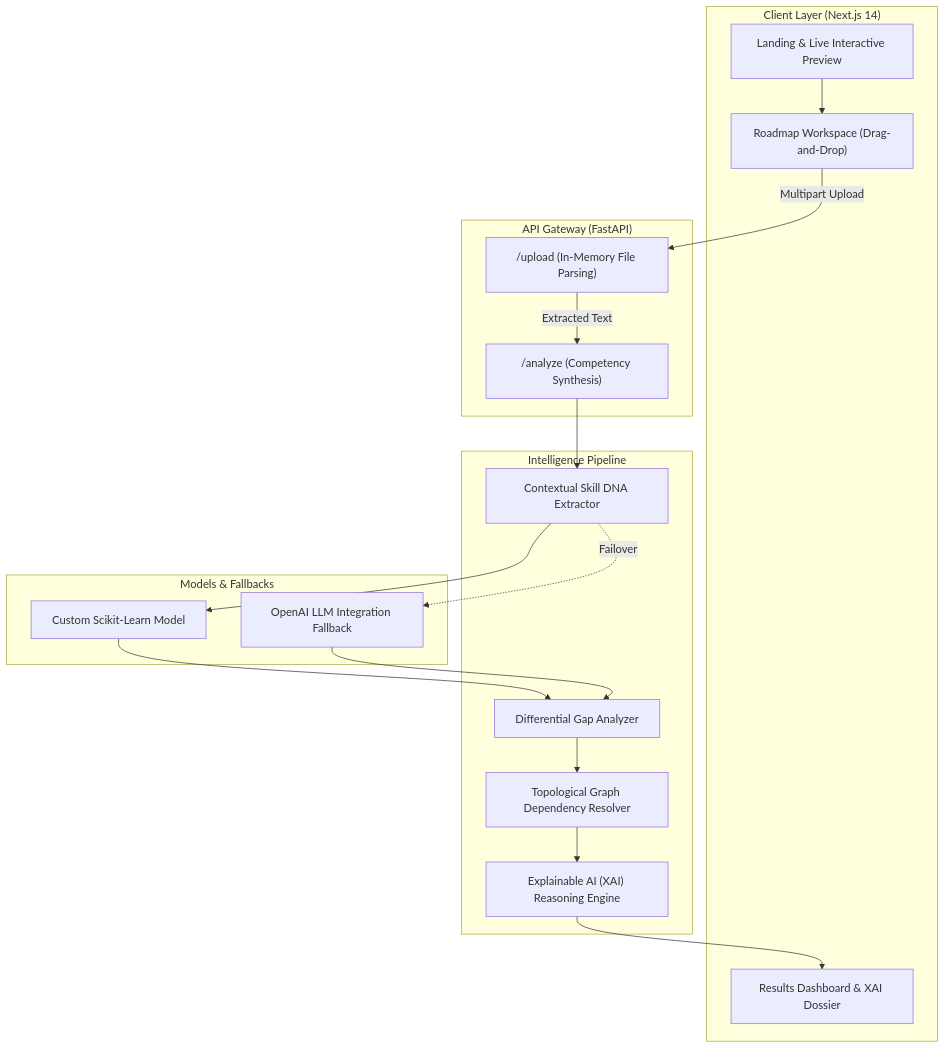
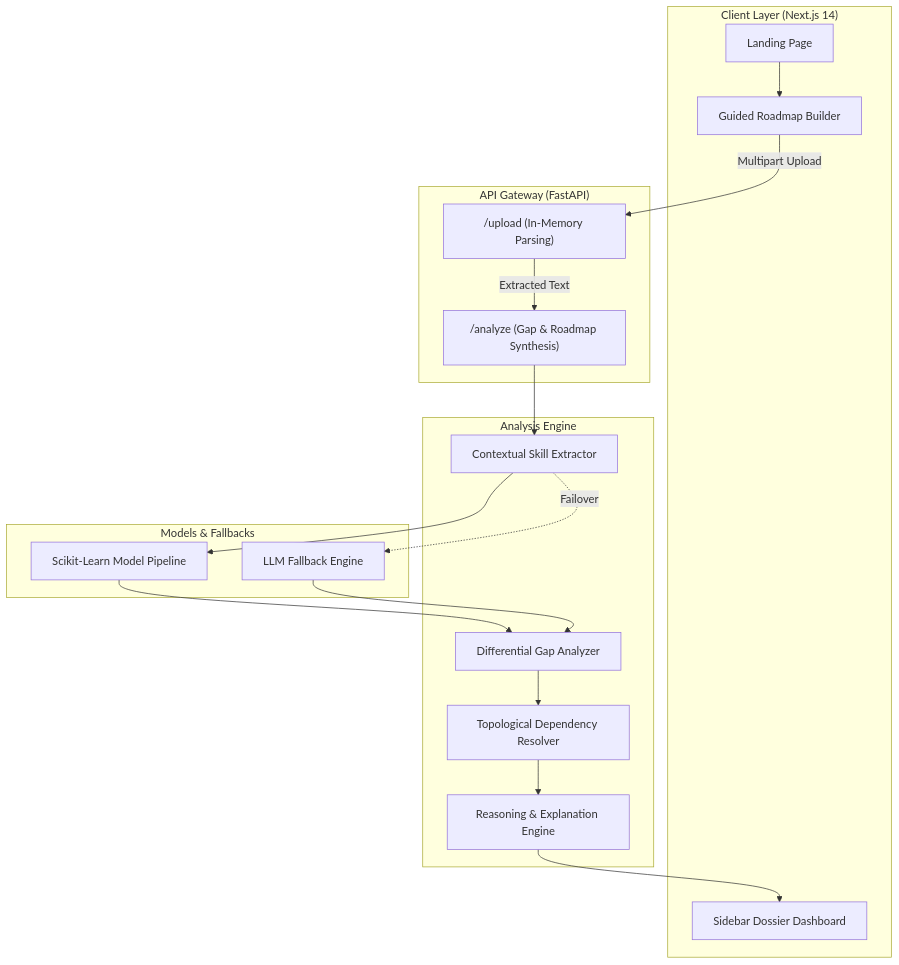
Before and after one commit to Chetan0e/Intra-AI: the diagram in README.md, drawn with Mermaid. The commit also changed other lines of this file, not shown here.

````diff
--- a/README.md
+++ b/README.md
@@ -43,37 +36,37 @@
 ```mermaid
 flowchart TD
     subgraph Client ["Client Layer (Next.js 14)"]
-        UI["Landing & Live Interactive Preview"]
-        WS["Roadmap Workspace (Drag-and-Drop)"]
-        RD["Results Dashboard & XAI Dossier"]
+        UI["Landing Page"]
+        WS["Guided Roadmap Builder"]
+        RD["Sidebar Dossier Dashboard"]
     end
 
     subgraph Gateway ["API Gateway (FastAPI)"]
-        UP["/upload (In-Memory File Parsing)"]
-        AN["/analyze (Competency Synthesis)"]
+        UP["/upload (In-Memory Parsing)"]
+        AN["/analyze (Gap & Roadmap Synthesis)"]
     end
 
-    subgraph Engine ["Intelligence Pipeline"]
-        EXT["Contextual Skill DNA Extractor"]
+    subgraph Engine ["Analysis Engine"]
+        EXT["Contextual Skill Extractor"]
         GAP["Differential Gap Analyzer"]
-        DAG["Topological Graph Dependency Resolver"]
-        XAI["Explainable AI (XAI) Reasoning Engine"]
+        DAG["Topological Dependency Resolver"]
+        XAI["Reasoning & Explanation Engine"]
     end
 
     subgraph Intelligence ["Models & Fallbacks"]
-        ML["Custom Scikit-Learn Model"]
-        LLM["OpenAI LLM Integration Fallback"]
+        ML["Scikit-Learn Model Pipeline"]
+        LLM["LLM Fallback Engine"]
     end
 
     UI --> WS
     WS -->|Multipart Upload| UP
     UP -->|Extracted Text| AN
     AN --> EXT
     EXT --> ML
     EXT -.->|Failover| LLM
     ML --> GAP
     LLM --> GAP
     GAP --> DAG
     DAG --> XAI
     XAI --> RD
 ```
````
